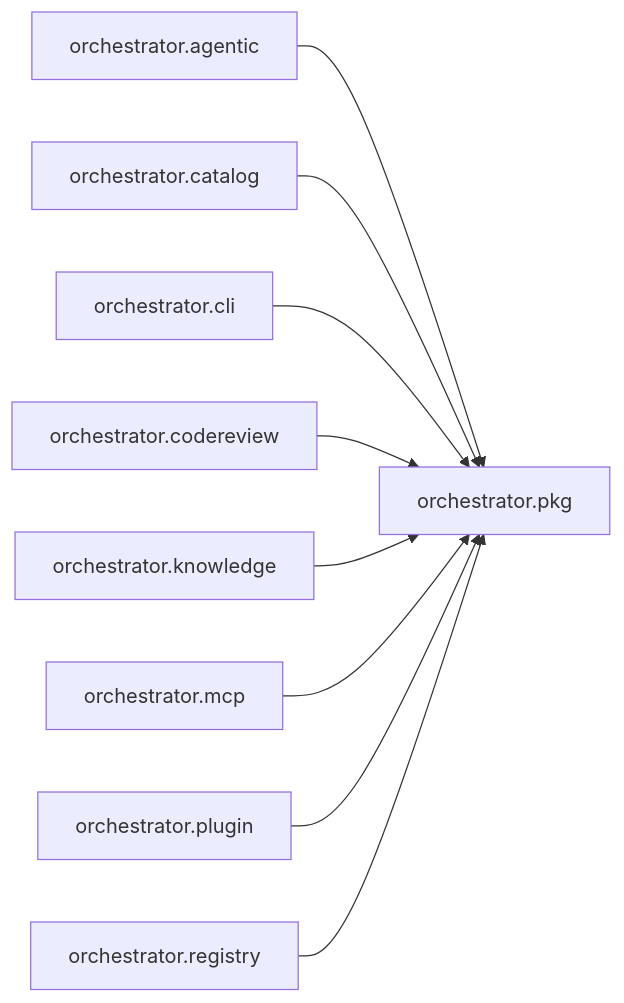
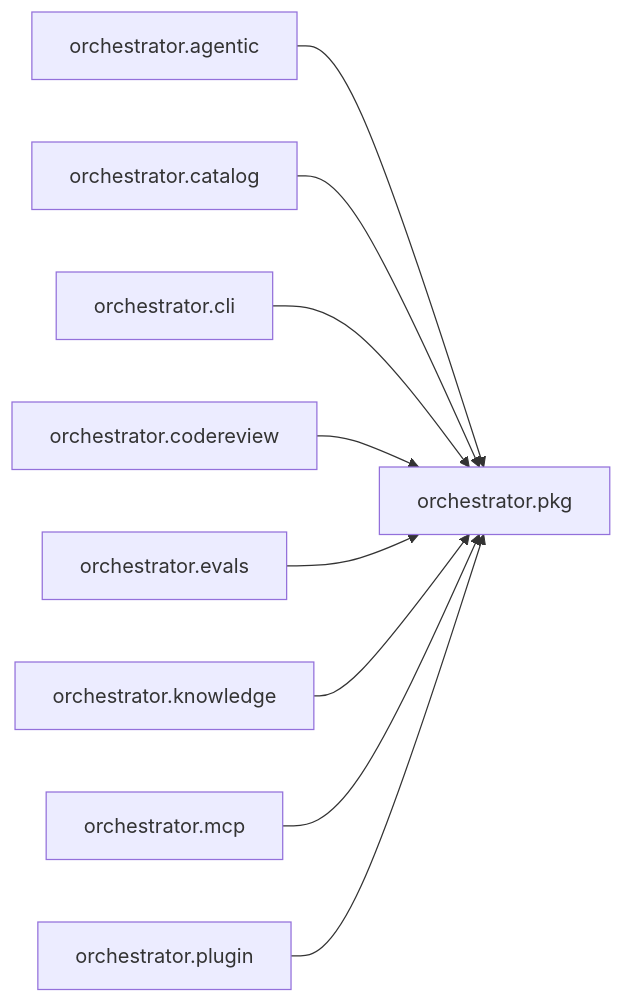
Before and after one commit to synaptixs/spine: the diagram in episteme/areas/orchestrator.pkg.md, drawn with Mermaid. The commit also changed other lines of this file and 24 other files, not shown here.

````diff
--- a/episteme/areas/orchestrator.pkg.md
+++ b/episteme/areas/orchestrator.pkg.md
@@ -8,20 +8,20 @@
 ```mermaid
 flowchart LR
   n0["orchestrator.pkg"]
   n1["orchestrator.agentic"]
   n2["orchestrator.catalog"]
   n3["orchestrator.cli"]
   n4["orchestrator.codereview"]
-  n5["orchestrator.knowledge"]
-  n6["orchestrator.mcp"]
-  n7["orchestrator.plugin"]
-  n8["orchestrator.registry"]
+  n5["orchestrator.evals"]
+  n6["orchestrator.knowledge"]
+  n7["orchestrator.mcp"]
+  n8["orchestrator.plugin"]
   n1 --> n0
   n2 --> n0
   n3 --> n0
   n4 --> n0
   n5 --> n0
   n6 --> n0
   n7 --> n0
   n8 --> n0
 ```
````
